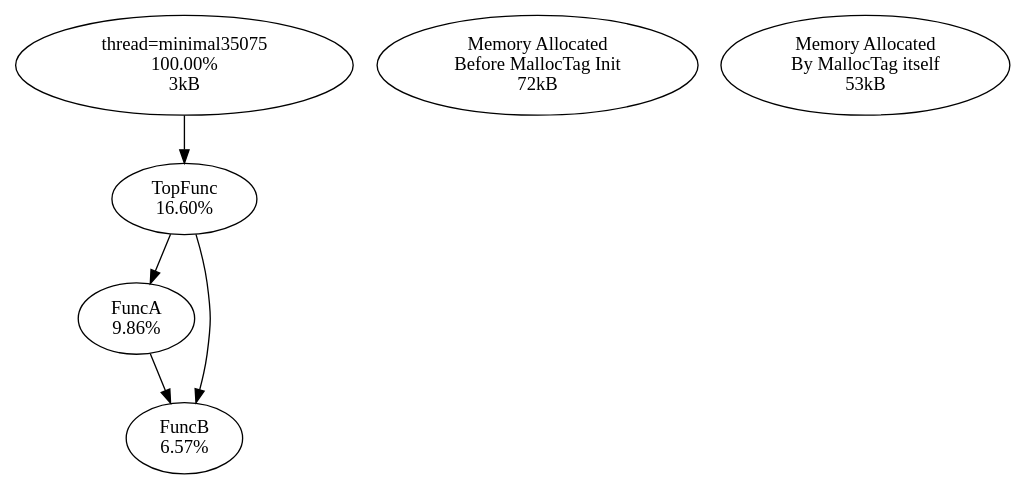
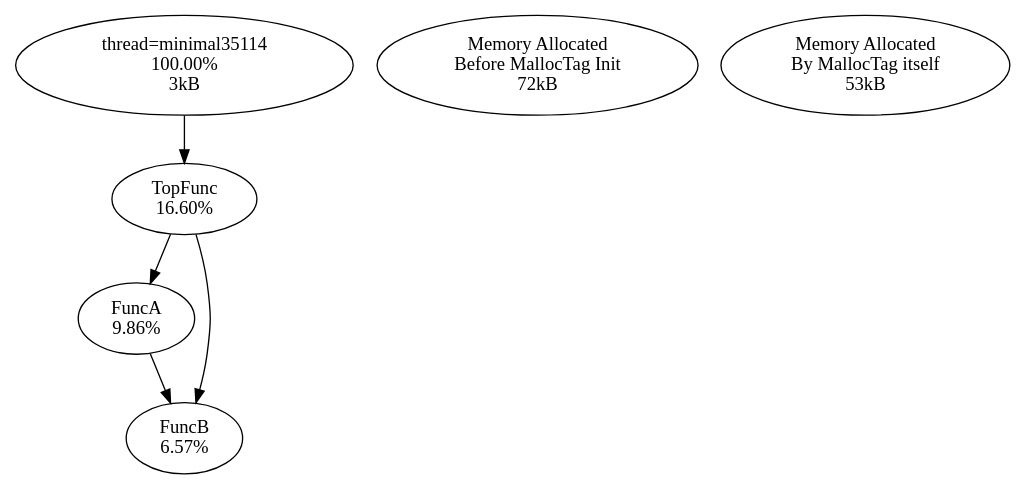
One commit to f18m/malloc-tag changed the diagram in examples/minimal/minimal_stats.dot. Above: the diagram before and after it, drawn with Graphviz. The commit also changed 6 other files, not shown here.

```diff
--- a/examples/minimal/minimal_stats.dot
+++ b/examples/minimal/minimal_stats.dot
@@ -1,13 +1,13 @@
 digraph MallocTree {
-minimal35075 [label="thread=minimal35075\n100.00%\n3kB"]
-minimal35075 -> TopFunc
+minimal35114 [label="thread=minimal35114\n100.00%\n3kB"]
+minimal35114 -> TopFunc
 TopFunc [label="TopFunc\n16.60%"]
 TopFunc -> FuncA
 TopFunc -> FuncB
 FuncA [label="FuncA\n9.86%"]
 FuncA -> FuncB
 FuncB [label="FuncB\n6.57%"]
 FuncB [label="FuncB\n6.57%"]
 __before_init_node__ [label="Memory Allocated\nBefore MallocTag Init\n72kB"]
 __malloctag_self_memory__ [label="Memory Allocated\nBy MallocTag itself\n53kB"]
 }
```
